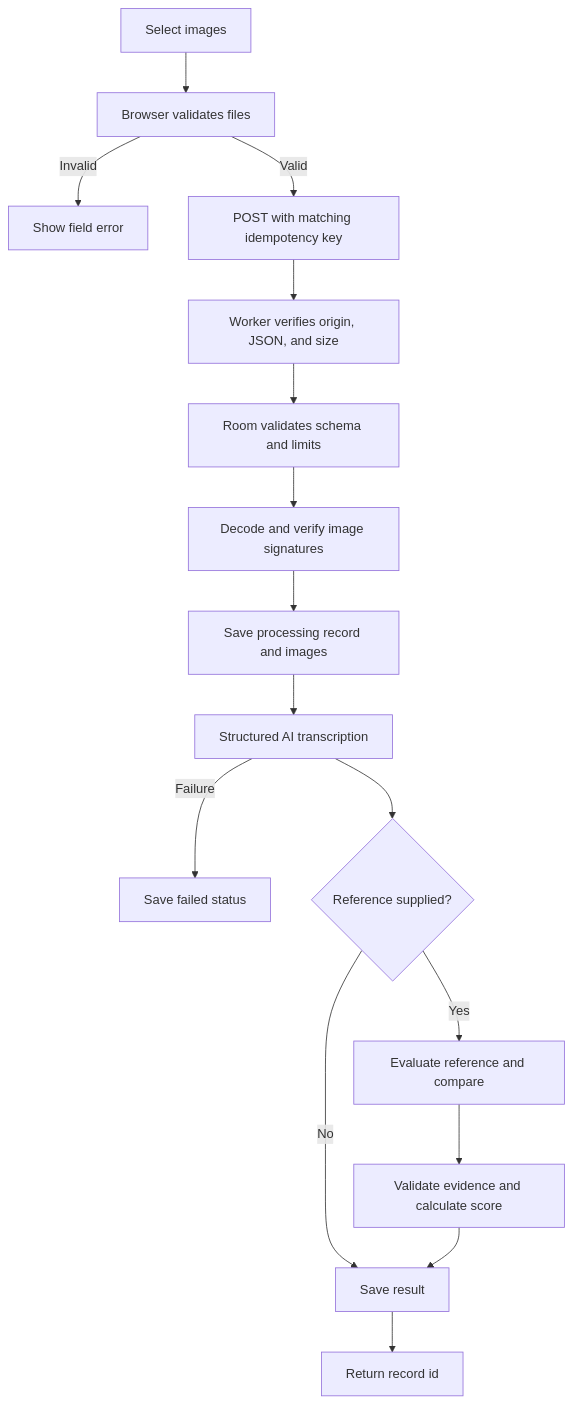
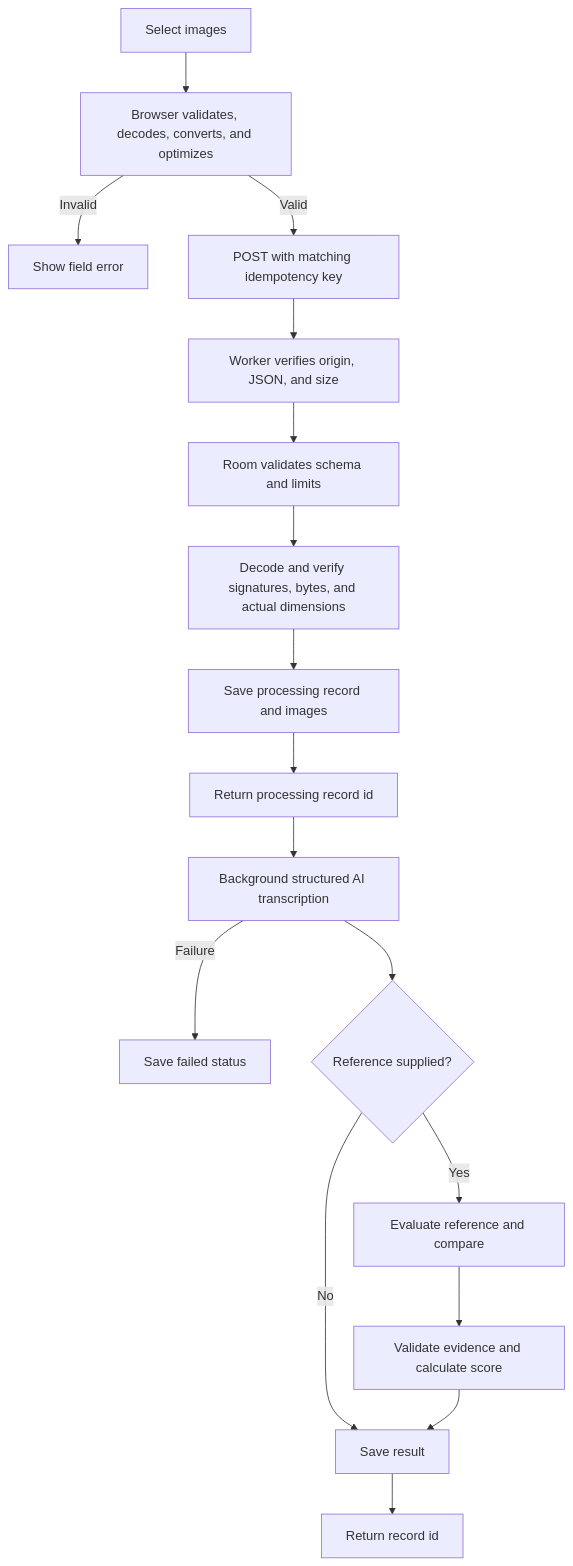
One commit to 592industries/hand changed the diagram in docs/05-analysis-pipeline.md. Above: the diagram before and after it, drawn with Mermaid. The commit also changed other lines of this file and 23 other files, not shown here.

````diff
--- a/docs/05-analysis-pipeline.md
+++ b/docs/05-analysis-pipeline.md
@@ -5,18 +5,19 @@
 ```mermaid
 flowchart TD
-    A[Select images] --> B[Browser validates files]
+    A[Select images] --> B[Browser validates, decodes, converts, and optimizes]
     B -->|Invalid| X[Show field error]
     B -->|Valid| C[POST with matching idempotency key]
     C --> D[Worker verifies origin, JSON, and size]
     D --> E[Room validates schema and limits]
-    E --> F[Decode and verify image signatures]
+    E --> F[Decode and verify signatures, bytes, and actual dimensions]
     F --> G[Save processing record and images]
-    G --> H[Structured AI transcription]
+    G --> R[Return processing record id]
+    R --> H[Background structured AI transcription]
     H -->|Failure| Y[Save failed status]
     H --> I{Reference supplied?}
     I -->|No| J[Save result]
     I -->|Yes| K[Evaluate reference and compare]
     K --> L[Validate evidence and calculate score]
     L --> J
     J --> M[Return record id]
 ```
````
